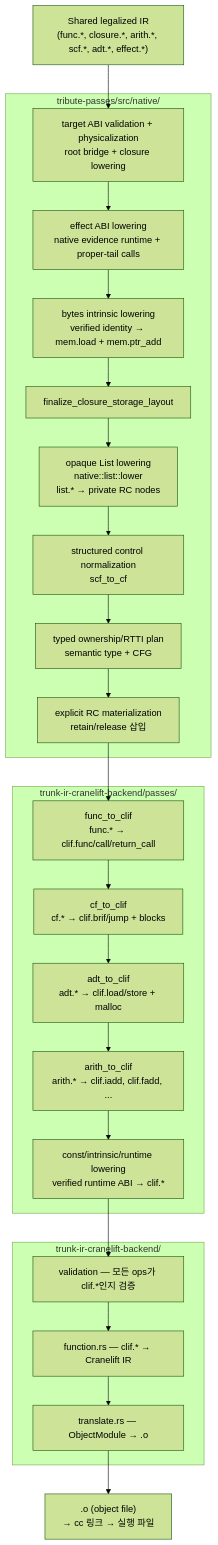
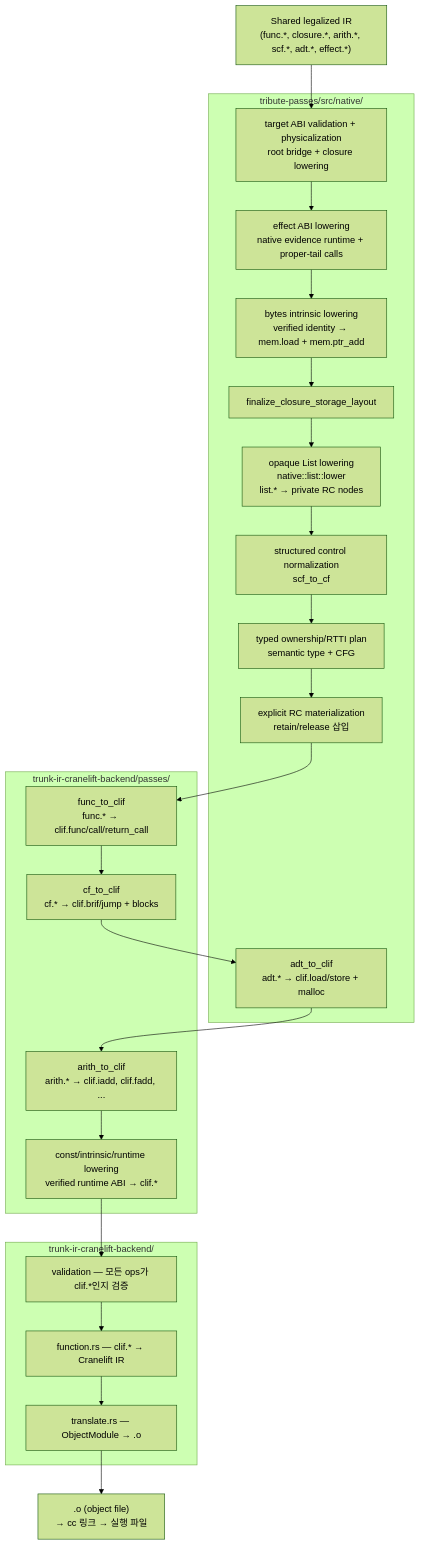
Before and after one commit to Kroisse/tribute: the second of 2 diagrams in new-plans/cranelift-backend.md, drawn with Mermaid (forest theme). The commit also changed other lines of this file and 76 other files, not shown here.

````diff
--- a/new-plans/cranelift-backend.md
+++ b/new-plans/cranelift-backend.md
@@ -85,35 +85,35 @@
 ```mermaid
 flowchart TB
     input["Shared legalized IR\n(func.*, closure.*, arith.*, scf.*, adt.*, effect.*)"]
 
     subgraph native_passes["tribute-passes/src/native/"]
         abi["target ABI validation + physicalization\nroot bridge + closure lowering"]
         effect["effect ABI lowering\nnative evidence runtime + proper-tail calls"]
         bytes["bytes intrinsic lowering\nverified identity → mem.load + mem.ptr_add"]
         storage["finalize_closure_storage_layout"]
         list_lower["opaque List lowering\nnative::list::lower\nlist.* → private RC nodes"]
         cfg["structured control normalization\nscf_to_cf"]
         rc_plan["typed ownership/RTTI plan\nsemantic type + CFG"]
         rc_pass["explicit RC materialization\nretain/release 삽입"]
+        adt["adt_to_clif\nadt.* → clif.load/store + malloc"]
     end
 
     subgraph clif_passes["trunk-ir-cranelift-backend/passes/"]
         arith["arith_to_clif\narith.* → clif.iadd, clif.fadd, ..."]
         cf["cf_to_clif\ncf.* → clif.brif/jump + blocks"]
-        adt["adt_to_clif\nadt.* → clif.load/store + malloc"]
         func["func_to_clif\nfunc.* → clif.func/call/return_call"]
         intrinsic["const/intrinsic/runtime lowering\nverified runtime ABI → clif.*"]
     end
 
     subgraph emit["trunk-ir-cranelift-backend/"]
         validate["validation — 모든 ops가 clif.*인지 검증"]
         codegen["function.rs — clif.* → Cranelift IR"]
         obj["translate.rs — ObjectModule → .o"]
     end
 
     output[".o (object file)\n→ cc 링크 → 실행 파일"]
 
     input --> abi --> effect --> bytes --> storage --> list_lower --> cfg --> rc_plan --> rc_pass
     rc_pass --> func --> cf --> adt --> arith --> intrinsic
     intrinsic --> validate --> codegen --> obj --> output
 ```
````
